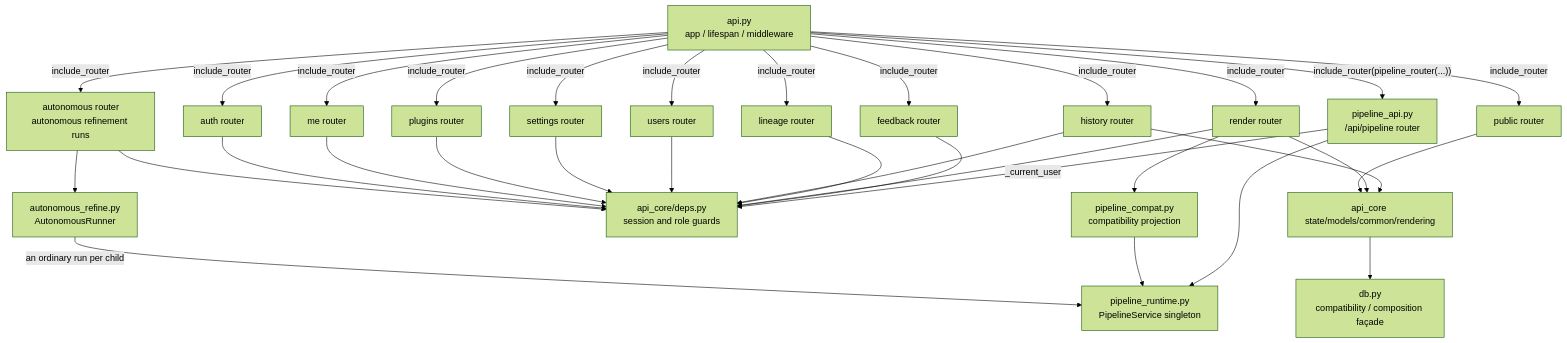
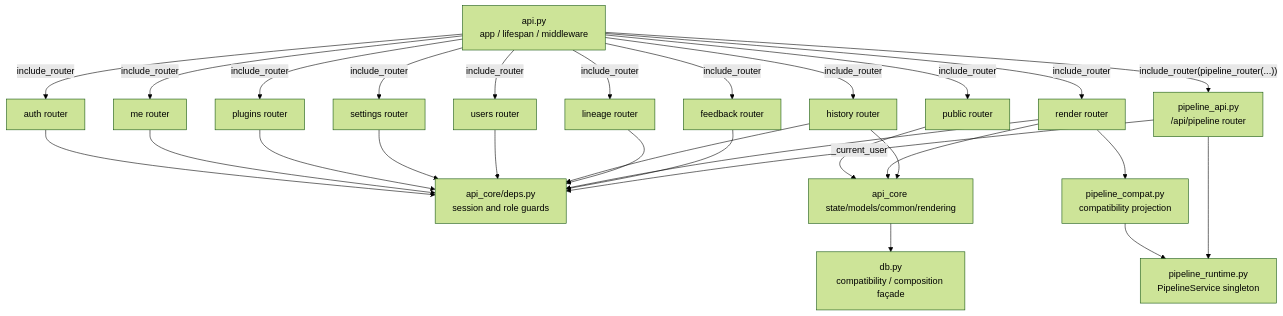
One commit to oikawas/inku-lang changed the first of 5 diagrams in docs/architecture/server-components.md. Above: the diagram before and after it, drawn with Mermaid (forest theme). The commit also changed other lines of this file and 40 other files, not shown here.

````diff
--- a/docs/architecture/server-components.md
+++ b/docs/architecture/server-components.md
@@ -7,55 +7,49 @@
 ```mermaid
 flowchart TD
     API_PY["api.py\napp / lifespan / middleware"]
     PUB["public router"]
     AUTH["auth router"]
     ME["me router"]
     PLUGINS["plugins router"]
     SETTINGS["settings router"]
     USERS["users router"]
     HISTORY["history router"]
     LINEAGE["lineage router"]
     RENDER["render router"]
     FEEDBACK["feedback router"]
-    AUTONOMOUS["autonomous router\nautonomous refinement runs"]
-    AUTO_RUNNER["autonomous_refine.py\nAutonomousRunner"]
     PIPELINE["pipeline_api.py\n/api/pipeline router"]
     DEPS["api_core/deps.py\nsession and role guards"]
     SHARED["api_core state/models/common/rendering"]
     COMPAT["pipeline_compat.py\ncompatibility projection"]
     SERVICE["pipeline_runtime.py\nPipelineService singleton"]
     DB["db.py\ncompatibility / composition façade"]
 
     API_PY -->|"include_router"| PUB
     API_PY -->|"include_router"| AUTH
     API_PY -->|"include_router"| ME
     API_PY -->|"include_router"| PLUGINS
     API_PY -->|"include_router"| SETTINGS
     API_PY -->|"include_router"| USERS
     API_PY -->|"include_router"| HISTORY
     API_PY -->|"include_router"| LINEAGE
     API_PY -->|"include_router"| RENDER
     API_PY -->|"include_router"| FEEDBACK
-    API_PY -->|"include_router"| AUTONOMOUS
     API_PY -->|"include_router(pipeline_router(...))"| PIPELINE
-    AUTONOMOUS --> DEPS
-    AUTONOMOUS --> AUTO_RUNNER
-    AUTO_RUNNER -->|"an ordinary run per child"| SERVICE
     AUTH --> DEPS
     ME --> DEPS
     PLUGINS --> DEPS
     SETTINGS --> DEPS
     USERS --> DEPS
     HISTORY --> DEPS
     LINEAGE --> DEPS
     RENDER --> DEPS
     FEEDBACK --> DEPS
     PIPELINE -->|"_current_user"| DEPS
     PUB --> SHARED
     RENDER --> SHARED
     RENDER --> COMPAT
     COMPAT --> SERVICE
     PIPELINE --> SERVICE
     HISTORY --> SHARED
     SHARED --> DB
 ```
````
